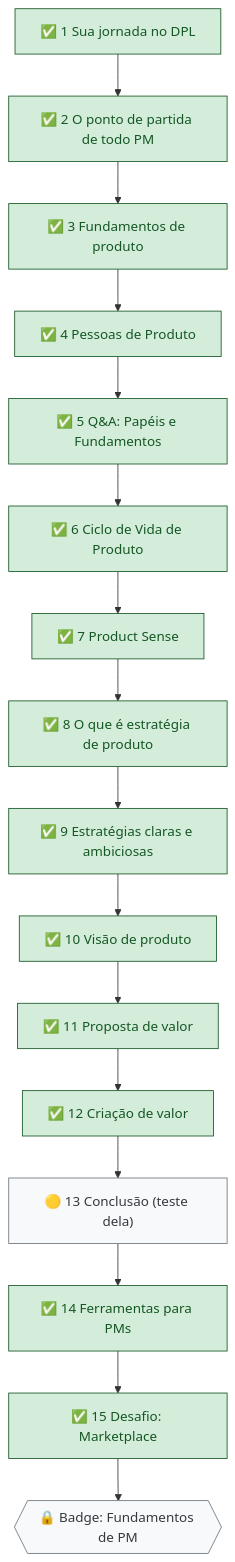
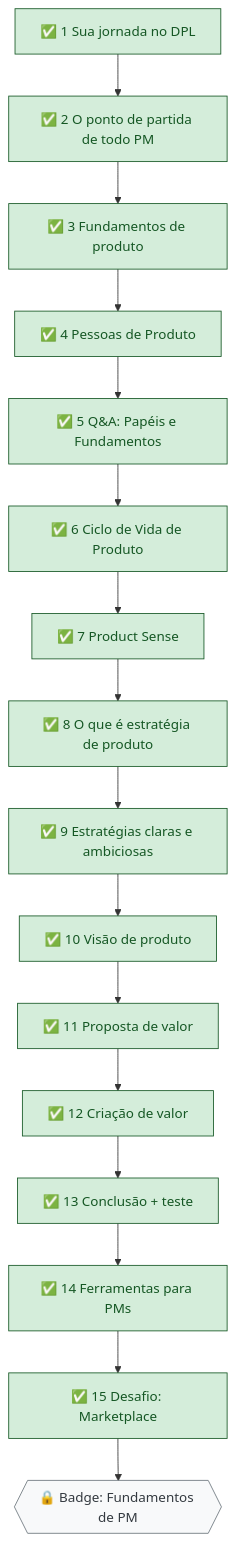
One commit to letsprown-code/po-learning-journal changed the second of 2 diagrams in mapa-de-estudos.md. Above: the diagram before and after it, drawn with Mermaid. The commit also changed other lines of this file and 2 other files, not shown here.

Commit message:
DPL 01: teste do módulo concluído pela Letícia; falta o Projeto 01
Claude-Session: https://claude.ai/code/session_015LnGh84U3LkXPEUM49V2f7

```diff
--- a/mapa-de-estudos.md
+++ b/mapa-de-estudos.md
@@ -42,13 +42,13 @@
 ~~~mermaid
 flowchart TD
     L1["✅ 1 Sua jornada no DPL"] --> L2["✅ 2 O ponto de partida de todo PM"] --> L3["✅ 3 Fundamentos de produto"]
     L3 --> L4["✅ 4 Pessoas de Produto"] --> L5["✅ 5 Q&A: Papéis e Fundamentos"] --> L6["✅ 6 Ciclo de Vida de Produto"]
     L6 --> L7["✅ 7 Product Sense"] --> L8["✅ 8 O que é estratégia de produto"] --> L9["✅ 9 Estratégias claras e ambiciosas"]
     L9 --> L10["✅ 10 Visão de produto"] --> L11["✅ 11 Proposta de valor"] --> L12["✅ 12 Criação de valor"]
-    L12 --> L13["🟡 13 Conclusão (teste dela)"] --> L14["✅ 14 Ferramentas para PMs"] --> L15["✅ 15 Desafio: Marketplace"]
+    L12 --> L13["✅ 13 Conclusão + teste"] --> L14["✅ 14 Ferramentas para PMs"] --> L15["✅ 15 Desafio: Marketplace"]
     L15 --> B{{"🔒 Badge: Fundamentos de PM"}}
     classDef done fill:#d4edda,stroke:#155724,color:#155724
     classDef todo fill:#f8f9fa,stroke:#6c757d,color:#343a40
-    class L1,L2,L3,L4,L5,L6,L7,L8,L9,L10,L11,L12,L14,L15 done
-    class L13,B todo
+    class L1,L2,L3,L4,L5,L6,L7,L8,L9,L10,L11,L12,L13,L14,L15 done
+    class B todo
 ~~~
```
